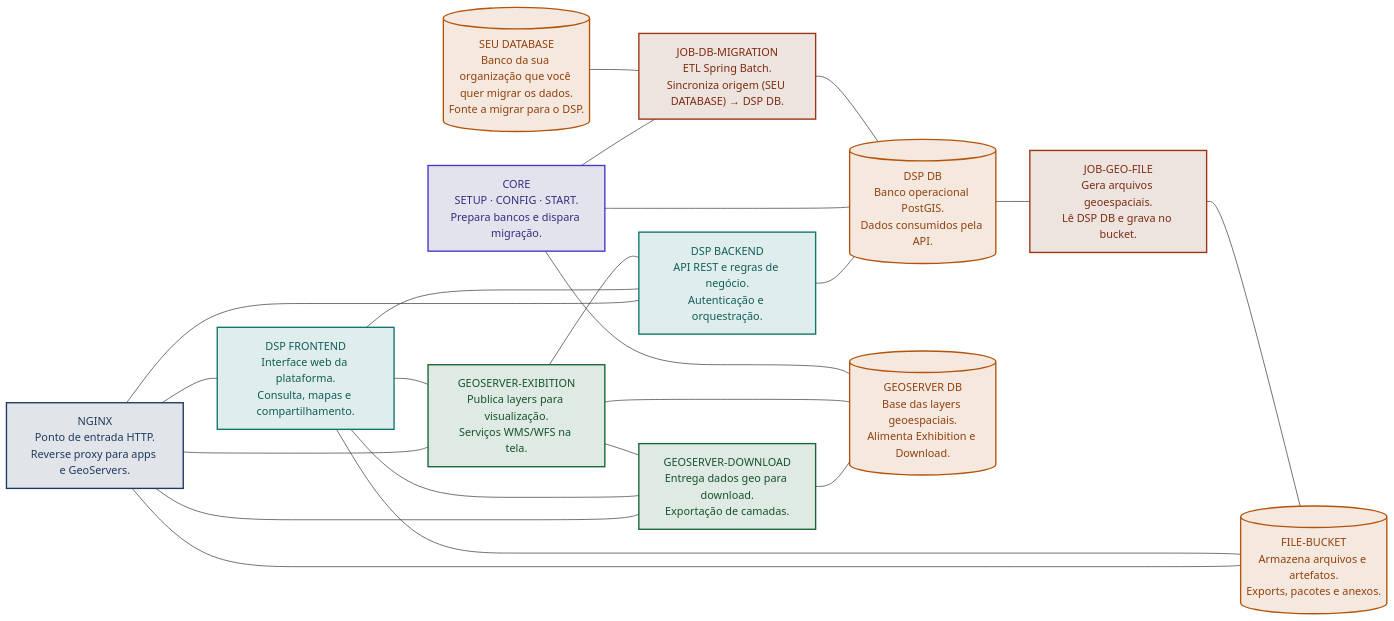
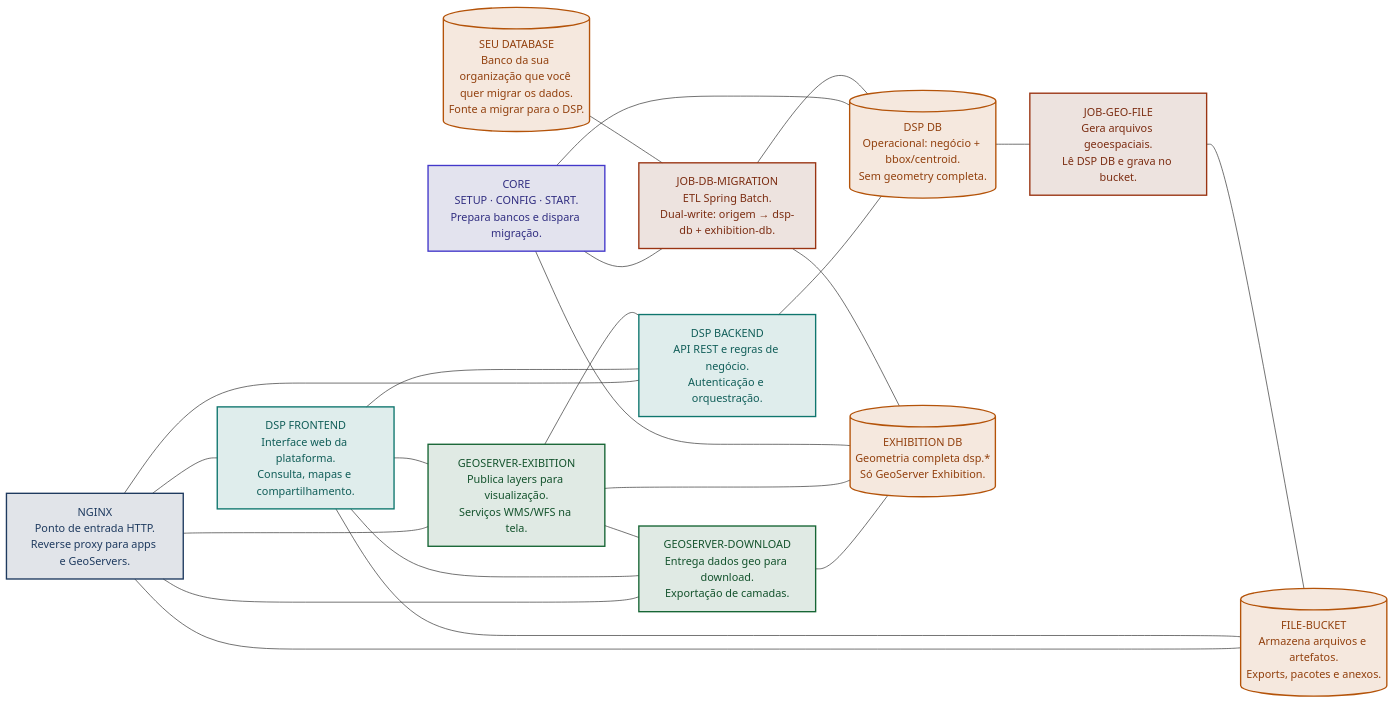
The second of 5 diagrams in docs/architecture/overview.md (kleber-albino/rer-dsp-docs), drawn with Mermaid before and after one commit. The commit also changed other lines of this file and 11 other files, not shown here.

First line of the commit message:
docs: remove outdated diagram options and update migration/architecture docs for dual-db setup

````diff
--- a/docs/architecture/overview.md
+++ b/docs/architecture/overview.md
@@ -59,58 +59,59 @@
 ```mermaid
 flowchart LR
   srcDb[("SEU DATABASE<br/>Banco da sua organização que você quer migrar os dados.<br/>Fonte a migrar para o DSP.")]
-  jobMig["JOB-DB-MIGRATION<br/>ETL Spring Batch.<br/>Sincroniza origem (SEU DATABASE) → DSP DB."]
+  jobMig["JOB-DB-MIGRATION<br/>ETL Spring Batch.<br/>Dual-write: origem → dsp-db + exhibition-db."]
   core["CORE<br/>SETUP · CONFIG · START.<br/>Prepara bancos e dispara migração."]
   jobGeo["JOB-GEO-FILE<br/>Gera arquivos geoespaciais.<br/>Lê DSP DB e grava no bucket."]
 
-  dspDb[("DSP DB<br/>Banco operacional PostGIS.<br/>Dados consumidos pela API.")]
-  gsDb[("GEOSERVER DB<br/>Base das layers geoespaciais.<br/>Alimenta Exhibition e Download.")]
+  dspDb[("DSP DB<br/>Operacional: negócio + bbox/centroid.<br/>Sem geometry completa.")]
+  gsDb[("EXHIBITION DB<br/>Geometria completa dsp.*<br/>Só GeoServer Exhibition.")]
   bucket[("FILE-BUCKET<br/>Armazena arquivos e artefatos.<br/>Exports, pacotes e anexos.")]
 
   be["DSP BACKEND<br/>API REST e regras de negócio.<br/>Autenticação e orquestração."]
   fe["DSP FRONTEND<br/>Interface web da plataforma.<br/>Consulta, mapas e compartilhamento."]
 
   gsEx["GEOSERVER-EXIBITION<br/>Publica layers para visualização.<br/>Serviços WMS/WFS na tela."]
   gsDl["GEOSERVER-DOWNLOAD<br/>Entrega dados geo para download.<br/>Exportação de camadas."]
 
   nginx["NGINX<br/>Ponto de entrada HTTP.<br/>Reverse proxy para apps e GeoServers."]
 
   srcDb --- jobMig
   jobMig --- dspDb
+  jobMig --- gsDb
   core --- jobMig
   core --- dspDb
   core --- gsDb
   dspDb --- jobGeo
   jobGeo --- bucket
 
   be --- dspDb
   gsEx --- gsDb
   gsDl --- gsDb
   gsEx --- be
   gsEx --- gsDl
 
   fe --- be
   fe --- bucket
   fe --- gsEx
   fe --- gsDl
 
   nginx --- fe
   nginx --- be
   nginx --- gsEx
   nginx --- gsDl
   nginx --- bucket
 
   classDef gw fill:#1e3a5f22,color:#1e3a5f,stroke:#1e3a5f,stroke-width:2px
   classDef app fill:#0f766e22,color:#115e59,stroke:#0f766e,stroke-width:2px
   classDef geoCls fill:#16653422,color:#14532d,stroke:#166534,stroke-width:2px
   classDef db fill:#b4530922,color:#92400e,stroke:#b45309,stroke-width:2px
   classDef job fill:#7c2d1222,color:#7c2d12,stroke:#9a3412,stroke-width:2px
   classDef coreCls fill:#312e8122,color:#312e81,stroke:#4338ca,stroke-width:2px
 
   class nginx gw
   class fe,be app
   class gsEx,gsDl geoCls
   class dspDb,gsDb,srcDb,bucket db
   class jobMig,jobGeo job
   class core coreCls
 ```
````
